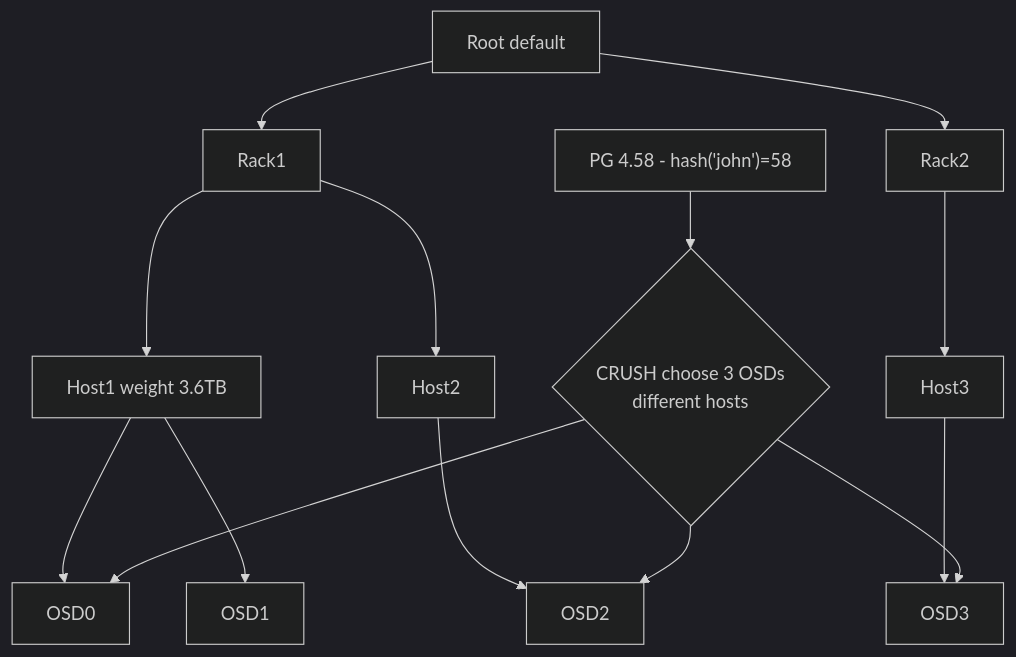
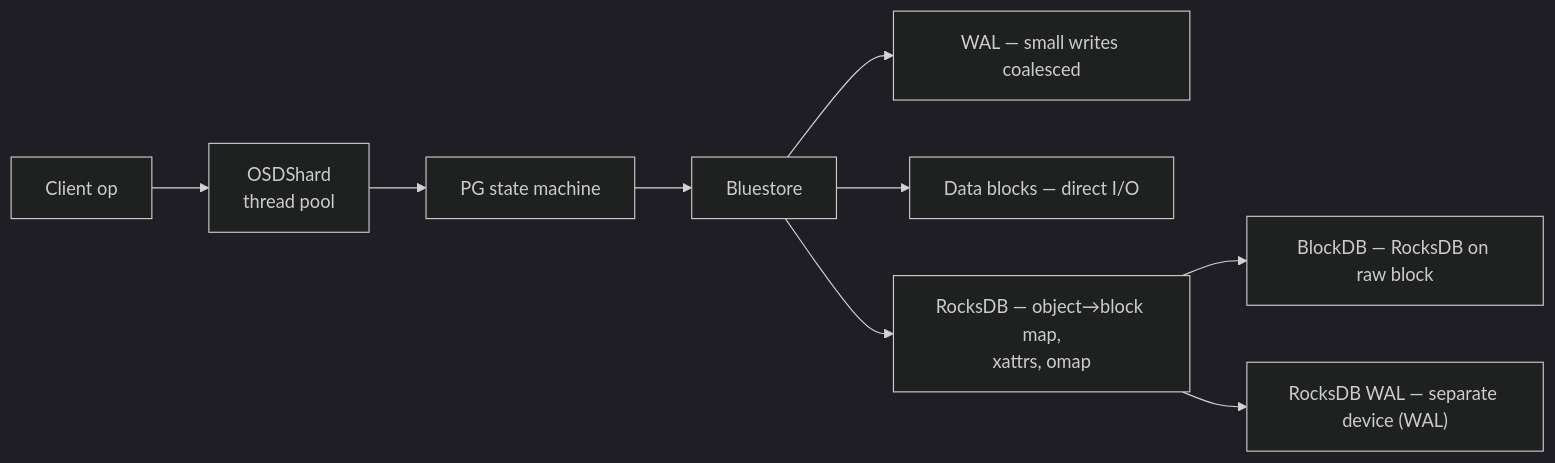
Before and after one commit to vanos001/placement_prep: the third of 3 diagrams in src/storage/ceph-crush.md, drawn with Mermaid (dark theme). The commit also changed other lines of this file, not shown here.

First line of the commit message:
docs(storage): expand Ceph CRUSH/RADOS deep dive

````diff
--- a/src/storage/ceph-crush.md
+++ b/src/storage/ceph-crush.md
@@ -82,17 +190,11 @@
 ```mermaid
-graph TD
-    ROOT["Root default"]
-    ROOT --> RACK1["Rack1"]
-    ROOT --> RACK2["Rack2"]
-    RACK1 --> HOST1["Host1 weight 3.6TB"]
-    RACK1 --> HOST2["Host2"]
-    RACK2 --> HOST3["Host3"]
-    HOST1 --> OSD0["OSD0"]
-    HOST1 --> OSD1["OSD1"]
-    HOST2 --> OSD2["OSD2"]
-    HOST3 --> OSD3["OSD3"]
-    PG["PG 4.58 - hash('john')=58"] --> CRUSH{"CRUSH choose 3 OSDs<br/>different hosts"}
-    CRUSH --> OSD0
-    CRUSH --> OSD2
-    CRUSH --> OSD3
+flowchart LR
+    OP["Client op"] --> SHARD["OSDShard<br/>thread pool"]
+    SHARD --> PG["PG state machine"]
+    PG --> BLUESTORE["Bluestore"]
+    BLUESTORE --> WAL["WAL — small writes coalesced"]
+    BLUESTORE --> DATA["Data blocks — direct I/O"]
+    BLUESTORE --> ROCKSDB["RocksDB — object→block map,<br/>xattrs, omap"]
+    ROCKSDB --> BLOCKDB["BlockDB — RocksDB on raw block"]
+    ROCKSDB --> WALR["RocksDB WAL — separate device (WAL)"]
 ```
````
